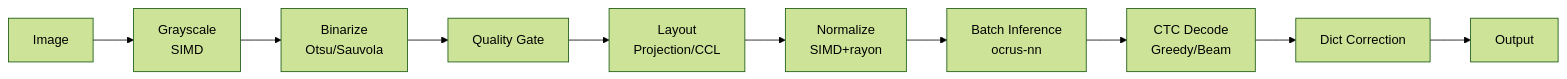
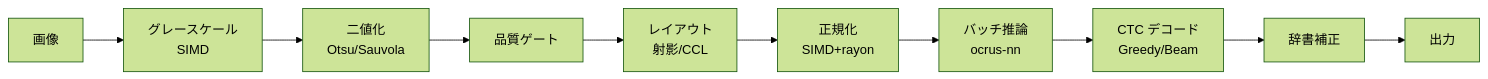
The diagram in README.md (owayo/ocrus), drawn with Mermaid (forest theme) before and after one commit. The commit also changed other lines of this file and 1 other file, not shown here.

````diff
--- a/README.md
+++ b/README.md
@@ -144,12 +169,12 @@
 ```mermaid
 flowchart LR
-    A[Image] --> B[Grayscale<br/>SIMD]
-    B --> C[Binarize<br/>Otsu/Sauvola]
-    C --> D[Quality Gate]
-    D --> E[Layout<br/>Projection/CCL]
-    E --> F[Normalize<br/>SIMD+rayon]
-    F --> G[Batch Inference<br/>ocrus-nn]
-    G --> H[CTC Decode<br/>Greedy/Beam]
-    H --> I[Dict Correction]
-    I --> J[Output]
+    A[画像] --> B[グレースケール<br/>SIMD]
+    B --> C[二値化<br/>Otsu/Sauvola]
+    C --> D[品質ゲート]
+    D --> E[レイアウト<br/>射影/CCL]
+    E --> F[正規化<br/>SIMD+rayon]
+    F --> G[バッチ推論<br/>ocrus-nn]
+    G --> H[CTC デコード<br/>Greedy/Beam]
+    H --> I[辞書補正]
+    I --> J[出力]
 ```
````
